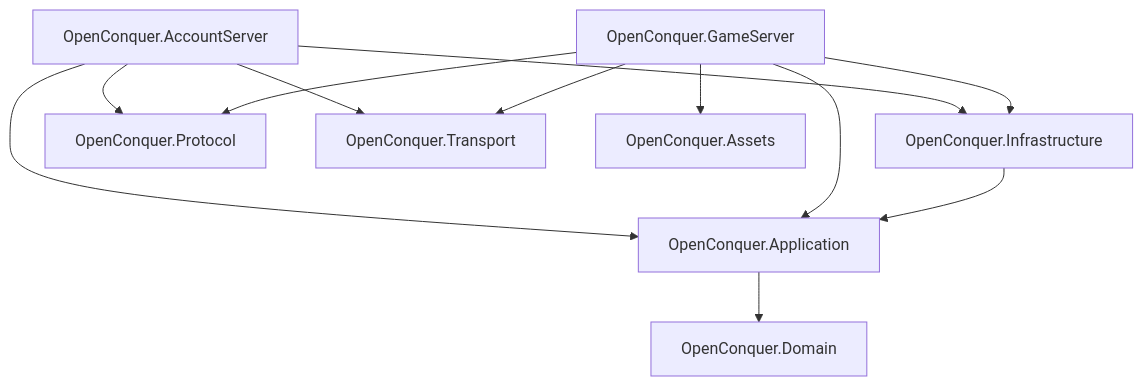
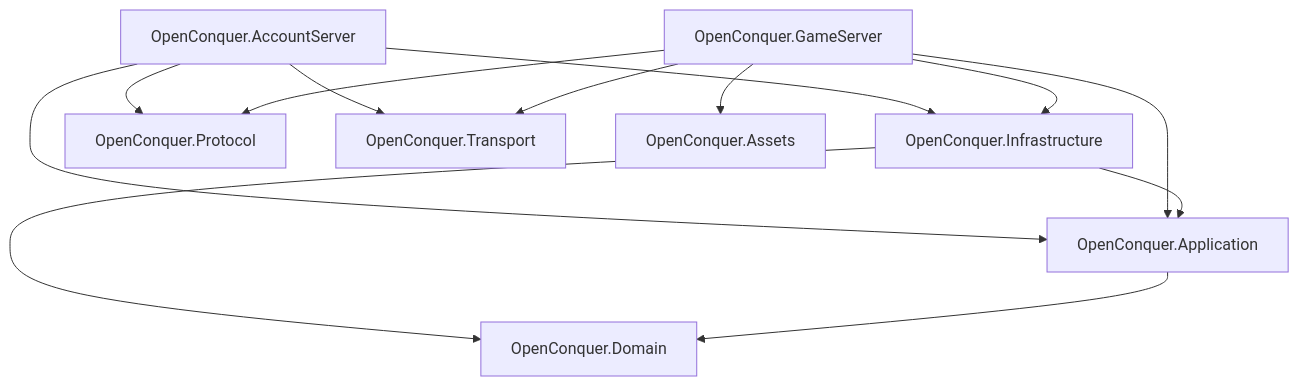
The diagram in README.md (berniemackie97/OpenConquerServer), drawn with Mermaid before and after one commit. The commit also changed other lines of this file and 23 other files, not shown here.

````diff
--- a/README.md
+++ b/README.md
@@ -12,27 +18,28 @@
 ```mermaid
 flowchart TD
     AccountServer["OpenConquer.AccountServer"]
     GameServer["OpenConquer.GameServer"]
 
     Application["OpenConquer.Application"]
     Domain["OpenConquer.Domain"]
     Infrastructure["OpenConquer.Infrastructure"]
 
     Protocol["OpenConquer.Protocol"]
     Transport["OpenConquer.Transport"]
     Assets["OpenConquer.Assets"]
 
     AccountServer --> Application
     AccountServer --> Infrastructure
     AccountServer --> Protocol
     AccountServer --> Transport
 
     GameServer --> Application
     GameServer --> Infrastructure
     GameServer --> Protocol
     GameServer --> Transport
     GameServer --> Assets
 
     Infrastructure --> Application
+    Infrastructure --> Domain
     Application --> Domain
 ```
````
